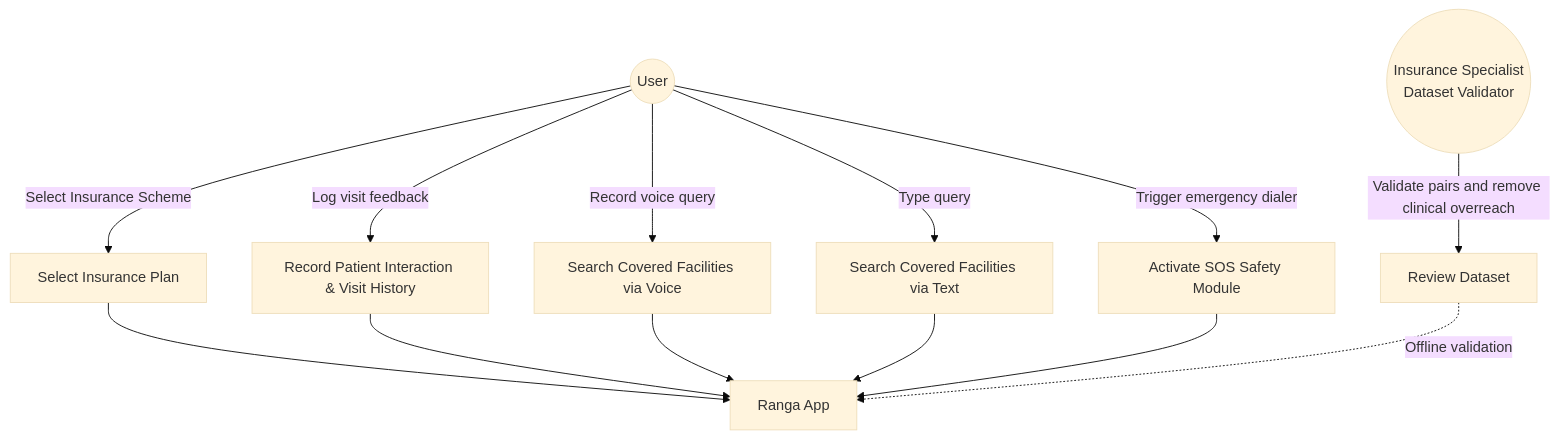
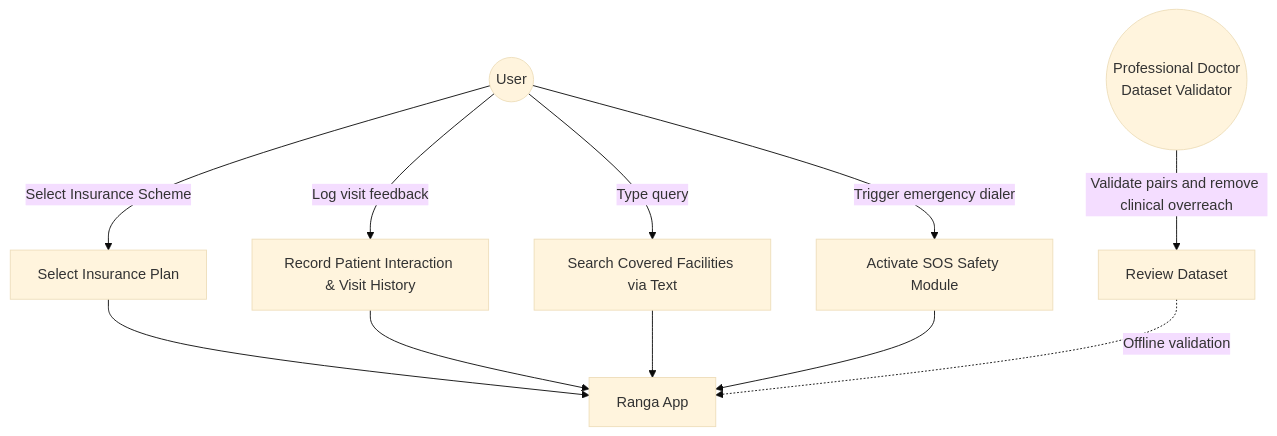
Before and after one commit to tuyishimejeandamour/capstone: the eighth of 11 diagrams in proposal.md, drawn with Mermaid (base theme). The commit also changed other lines of this file and 52 other files, not shown here.

Commit message:
Update project dependencies, enhance database schema for hospitals, and improve location-based hospital recommendations in the app.

````diff
--- a/proposal.md
+++ b/proposal.md
@@ -683,20 +654,18 @@
 ```mermaid
 graph TD
     User((User))
-    InsuranceSpecialist((Insurance Specialist <br> Dataset Validator))
+    ProfessionalDoctor((Professional Doctor <br> Dataset Validator))
     System[Ranga App]
  
     User -->|Select Insurance Scheme| UC1[Select Insurance Plan]
     User -->|Log visit feedback| UC2[Record Patient Interaction & Visit History]
-    User -->|Record voice query| UC3[Search Covered Facilities via Voice]
     User -->|Type query| UC4[Search Covered Facilities via Text]
     User -->|Trigger emergency dialer| UC5[Activate SOS Safety Module]
-    InsuranceSpecialist -->|Validate pairs and remove clinical overreach| UC6[Review Dataset]
+    ProfessionalDoctor -->|Validate pairs and remove clinical overreach| UC6[Review Dataset]
  
-UC1 --> System
+    UC1 --> System
     UC2 --> System
-    UC3 --> System
     UC4 --> System
     UC5 --> System
     UC6 -.->|Offline validation| System
 ```
````
